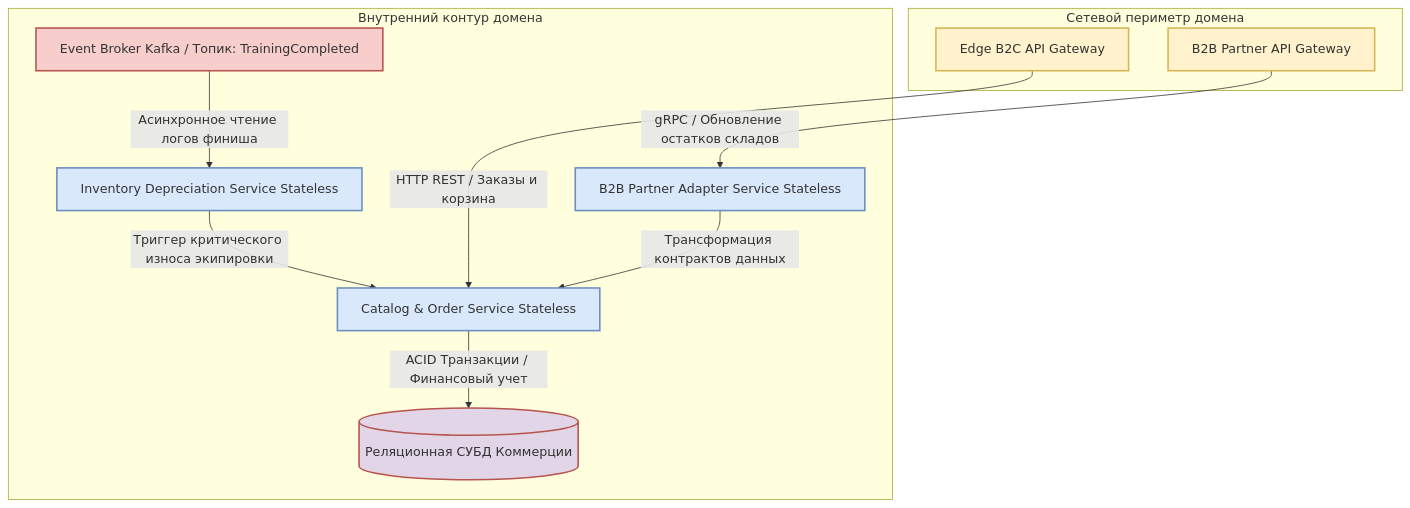
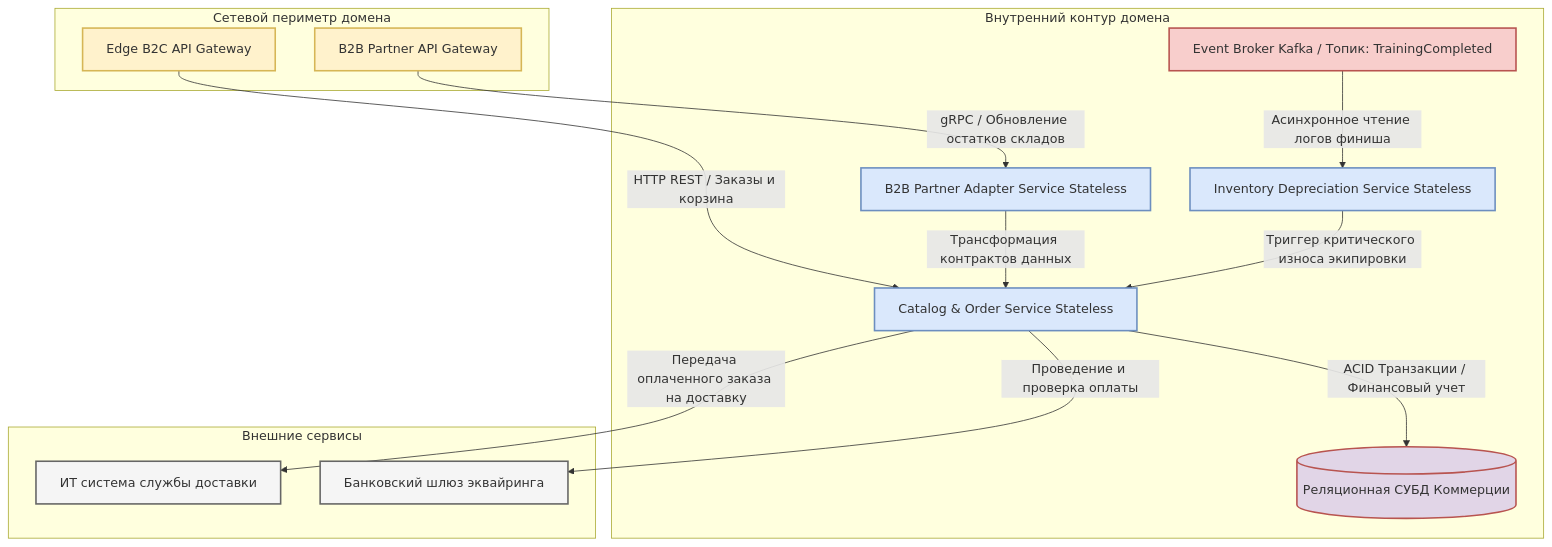
The second of 5 diagrams in stage-2-planning/13-component-architecture.md (Maksim-Burning-Inside/Sports-app-architecture), drawn with Mermaid before and after one commit.

````diff
--- a/stage-2-planning/13-component-architecture.md
+++ b/stage-2-planning/13-component-architecture.md
@@ -73,30 +73,40 @@
 ```mermaid
 %%{init: {"flowchart": {"htmlLabels": true, "wrappingWidth": 500}, "themeCSS": ".edgeLabel foreignObject { overflow: visible; !important } .edgeLabel span { white-space: normal; !important; display: block; max-width: 500px; }"}}%%
 graph TD
     %% Описание стилей для красивого отображения
     classDef perimeter fill:#fff2cc,stroke:#d6b656,stroke-width:2px;
     classDef internal fill:#dae8fc,stroke:#6c8ebf,stroke-width:2px;
     classDef db fill:#e1d5e7,stroke:#b85450,stroke-width:2px;
     classDef queue fill:#f8cecc,stroke:#b85450,stroke-width:2px;
+    classDef external fill:#f5f5f5,stroke:#666666,stroke-width:2px;
 
     subgraph Сетевой периметр домена
         B1[Edge B2C API Gateway]:::perimeter
         B2[B2B Partner API Gateway]:::perimeter
     end
 
     subgraph Внутренний контур домена
         C1[Catalog & Order Service Stateless]:::internal
         C2[Inventory Depreciation Service Stateless]:::internal
         C3[B2B Partner Adapter Service Stateless]:::internal
         D1[Event Broker Kafka / Топик: TrainingCompleted]:::queue
         F1[(Реляционная СУБД Коммерции)]:::db
     end
 
+    subgraph Внешние сервисы
+        E1[Банковский шлюз эквайринга]:::external
+        E2[ИТ система службы доставки]:::external
+    end
+
     %% Взаимодействие компонентов и движение трафика
     B1 -->|HTTP REST / Заказы и корзина| C1
     D1 -->|Асинхронное чтение логов финиша| C2
     C2 -->|Триггер критического износа экипировки| C1
     B2 -->|gRPC / Обновление остатков складов| C3
     C3 -->|Трансформация контрактов данных| C1
     C1 -->|ACID Транзакции / Финансовый учет| F1
+    
+    %% Новые интеграционные связи с внешним миром
+    C1 -->|Проведение и проверка оплаты| E1
+    C1 -->|Передача оплаченного заказа на доставку| E2
 ```
````
